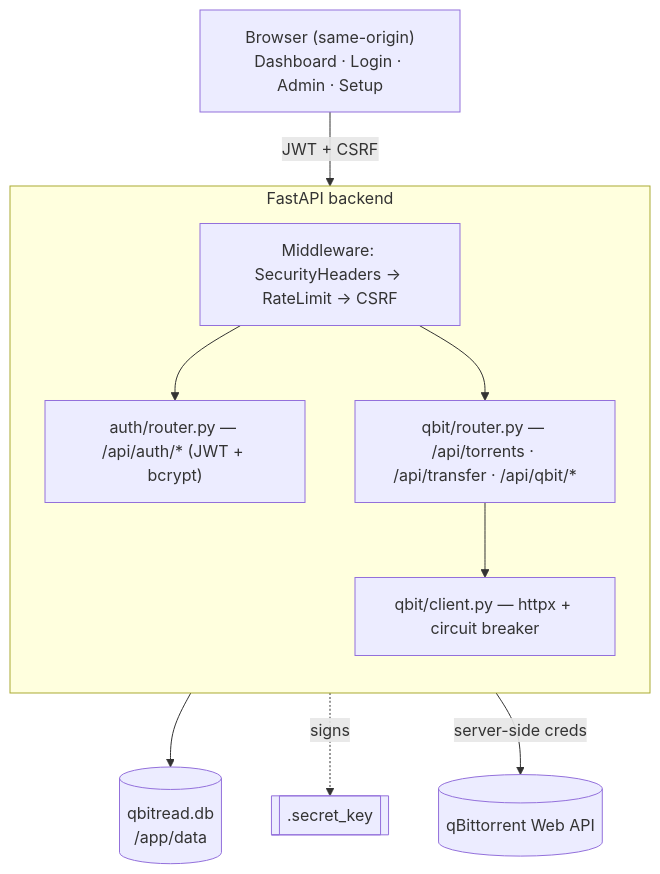
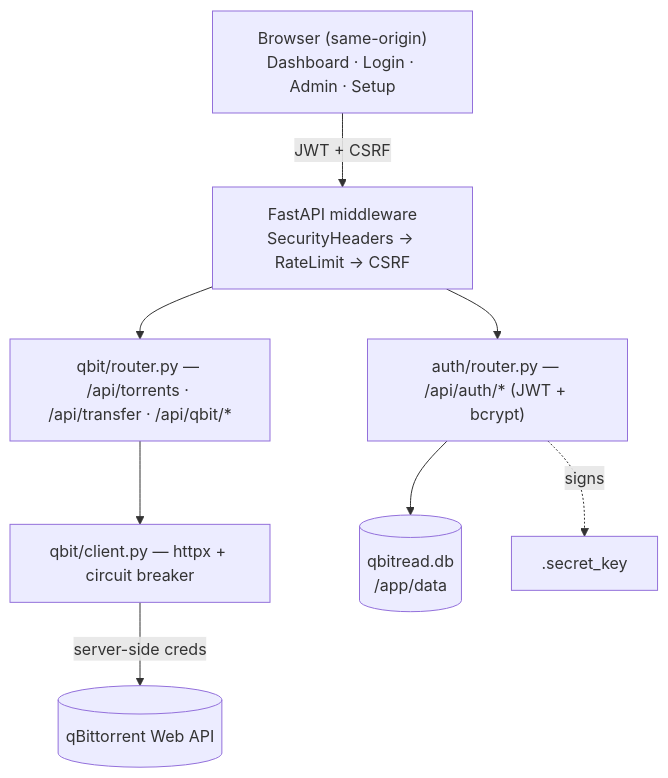
One commit to JakeWard98/qbitread changed the diagram in README.md. Above: the diagram before and after it, drawn with Mermaid.

Commit message:
Fix diagram: drop subgraph title that edge clipped through; plain .secret_key shape
The Browser → Middleware edge label crossed the FastAPI backend subgraph
title. Removed the subgraph and folded "FastAPI middleware" into the MW
node label so no arrow routes through text. Also changed the .secret_key
node from the subroutine shape (double-border rectangle) to a plain
rectangle for visual consistency with the other backend nodes.

https://claude.ai/code/session_012PEAduHGTNJy1DL6BXWrZY

````diff
--- a/README.md
+++ b/README.md
@@ -34,24 +34,19 @@
 ```mermaid
 flowchart TB
     UI["Browser (same-origin)<br/>Dashboard · Login · Admin · Setup"]
-
-    subgraph Backend["FastAPI backend"]
-        direction TB
-        MW["Middleware: SecurityHeaders → RateLimit → CSRF"]
-        AuthR["auth/router.py — /api/auth/* (JWT + bcrypt)"]
-        QbitR["qbit/router.py — /api/torrents · /api/transfer · /api/qbit/*"]
-        Client["qbit/client.py — httpx + circuit breaker"]
-    end
-
+    MW["FastAPI middleware<br/>SecurityHeaders → RateLimit → CSRF"]
+    AuthR["auth/router.py — /api/auth/* (JWT + bcrypt)"]
+    QbitR["qbit/router.py — /api/torrents · /api/transfer · /api/qbit/*"]
+    Client["qbit/client.py — httpx + circuit breaker"]
     DB[("qbitread.db<br/>/app/data")]
-    Key[[".secret_key"]]
+    Key[".secret_key"]
     Qbit[("qBittorrent Web API")]
 
     UI -- "JWT + CSRF" --> MW
     MW --> AuthR
     MW --> QbitR
     AuthR --> DB
     AuthR -. signs .-> Key
     QbitR --> Client
     Client -- "server-side creds" --> Qbit
 ```
````
